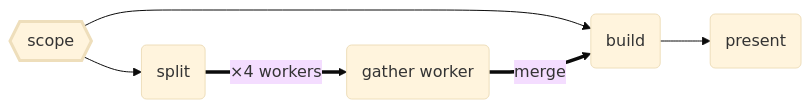
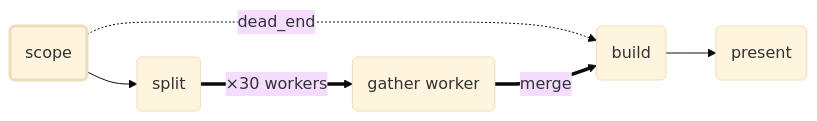
One commit to GEMISIS/leviath changed the diagram in docs/assets/agents/src/data-analyst.mmd. Above: the diagram before and after it, drawn with Mermaid (base theme). The commit also changed 28 other files, not shown here.

First line of the commit message:
docs(agents): orchestrator catalog entry, regenerated diagrams, eight-agent counts

```diff
--- a/docs/assets/agents/src/data-analyst.mmd
+++ b/docs/assets/agents/src/data-analyst.mmd
@@ -1,13 +1,13 @@
 flowchart LR
-    scope{{scope}}
+    scope(scope)
     split(split)
     gather_worker(gather worker)
     build(build)
     present(present)
     scope --> split
-    scope --> build
-    split ==>|×4 workers| gather_worker
+    scope -. dead_end .-> build
+    split ==>|×30 workers| gather_worker
     gather_worker ==>|merge| build
     build --> present
     classDef entry stroke-width:3px
     class scope entry
```
